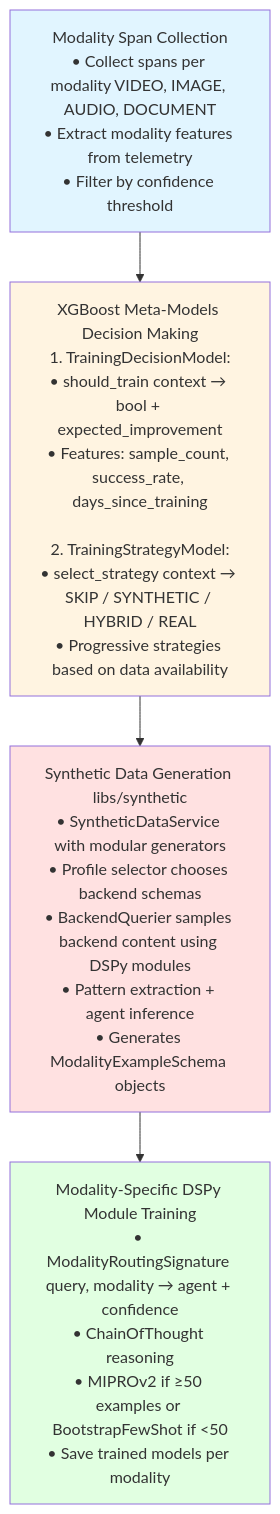
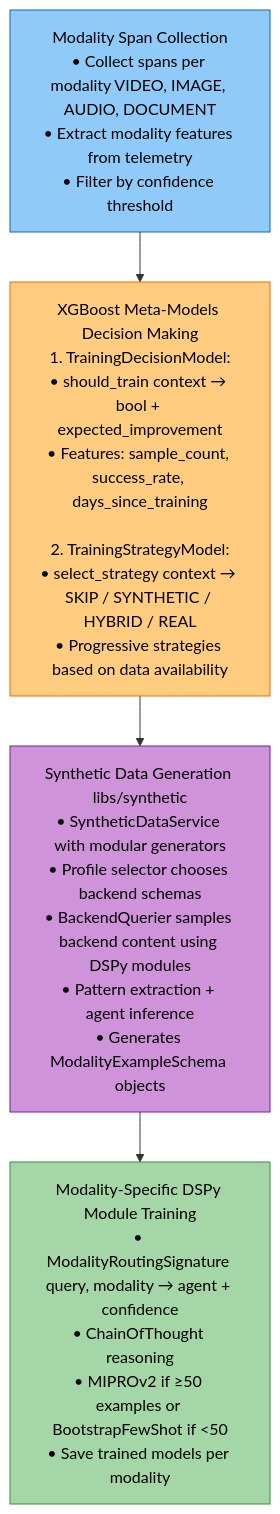
Before and after one commit to amit-jain/cogniverse: the third of 4 diagrams in docs/modules/optimization.md, drawn with Mermaid. The commit also changed other lines of this file and 83 other files, not shown here.

First line of the commit message:
Fix documentation veracity, formatting, and diagrams across all modules

````diff
--- a/docs/modules/optimization.md
+++ b/docs/modules/optimization.md
@@ -120,15 +122,15 @@
 ```mermaid
-graph TB
-    SpanCollection[Modality Span Collection<br/>• Collect spans per modality VIDEO, IMAGE, AUDIO, DOCUMENT<br/>• Extract modality features from telemetry<br/>• Filter by confidence threshold]
+flowchart TB
+    SpanCollection["<span style='color:#000'>Modality Span Collection<br/>• Collect spans per modality VIDEO, IMAGE, AUDIO, DOCUMENT<br/>• Extract modality features from telemetry<br/>• Filter by confidence threshold</span>"]
 
-    SpanCollection --> XGBoost[XGBoost Meta-Models Decision Making<br/>1. TrainingDecisionModel:<br/>• should_train context → bool + expected_improvement<br/>• Features: sample_count, success_rate, days_since_training<br/><br/>2. TrainingStrategyModel:<br/>• select_strategy context → SKIP / SYNTHETIC / HYBRID / REAL<br/>• Progressive strategies based on data availability]
+    SpanCollection --> XGBoost["<span style='color:#000'>XGBoost Meta-Models Decision Making<br/>1. TrainingDecisionModel:<br/>• should_train context → bool + expected_improvement<br/>• Features: sample_count, success_rate, days_since_training<br/><br/>2. TrainingStrategyModel:<br/>• select_strategy context → SKIP / SYNTHETIC / HYBRID / REAL<br/>• Progressive strategies based on data availability</span>"]
 
-    XGBoost --> SyntheticService[Synthetic Data Generation libs/synthetic<br/>• SyntheticDataService with modular generators<br/>• Profile selector chooses backend schemas<br/>• BackendQuerier samples backend content using DSPy modules<br/>• Pattern extraction + agent inference<br/>• Generates ModalityExampleSchema objects]
+    XGBoost --> SyntheticService["<span style='color:#000'>Synthetic Data Generation libs/synthetic<br/>• SyntheticDataService with modular generators<br/>• Profile selector chooses backend schemas<br/>• BackendQuerier samples backend content using DSPy modules<br/>• Pattern extraction + agent inference<br/>• Generates ModalityExampleSchema objects</span>"]
 
-    SyntheticService --> Training[Modality-Specific DSPy Module Training<br/>• ModalityRoutingSignature query, modality → agent + confidence<br/>• ChainOfThought reasoning<br/>• MIPROv2 if ≥50 examples or BootstrapFewShot if <50<br/>• Save trained models per modality]
+    SyntheticService --> Training["<span style='color:#000'>Modality-Specific DSPy Module Training<br/>• ModalityRoutingSignature query, modality → agent + confidence<br/>• ChainOfThought reasoning<br/>• MIPROv2 if ≥50 examples or BootstrapFewShot if <50<br/>• Save trained models per modality</span>"]
 
-    style SpanCollection fill:#e1f5ff
-    style XGBoost fill:#fff4e1
-    style SyntheticService fill:#ffe1e1
-    style Training fill:#e1ffe1
+    style SpanCollection fill:#90caf9,stroke:#1565c0,color:#000
+    style XGBoost fill:#ffcc80,stroke:#ef6c00,color:#000
+    style SyntheticService fill:#ce93d8,stroke:#7b1fa2,color:#000
+    style Training fill:#a5d6a7,stroke:#388e3c,color:#000
 ```
````
